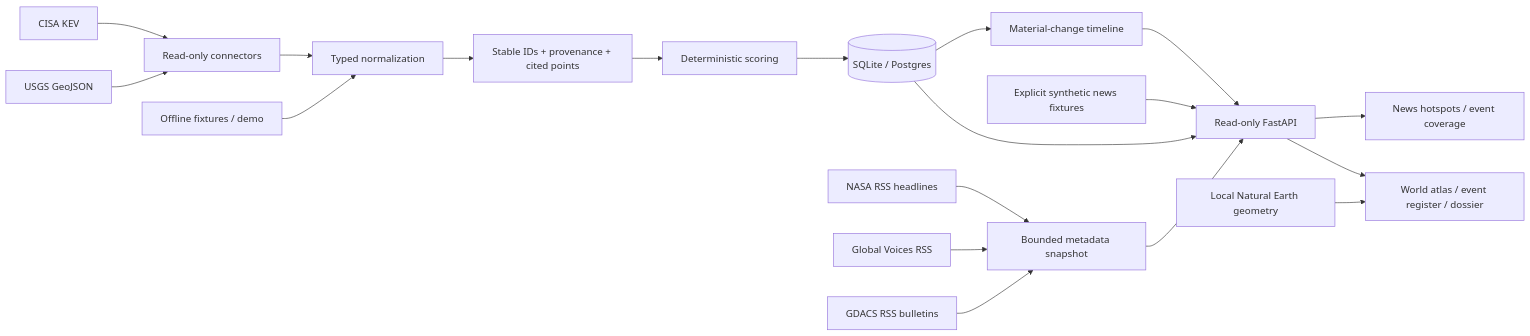
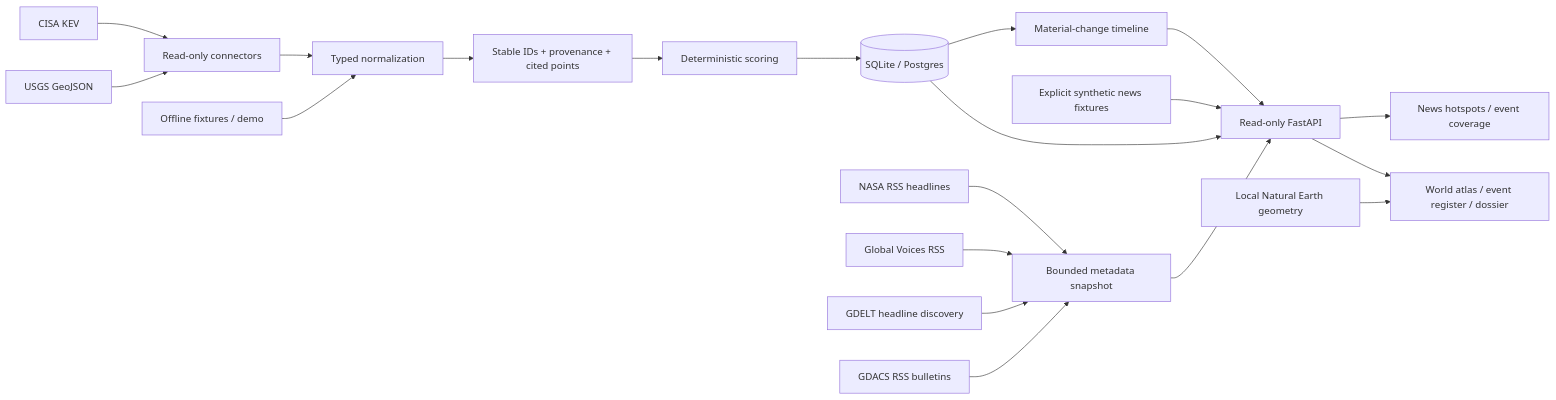
The diagram in README.md (ParsingMAINFRAME/ThreatMon), drawn with Mermaid before and after one commit. The commit also changed other lines of this file and 35 other files, not shown here.

````diff
--- a/README.md
+++ b/README.md
@@ -127,21 +130,22 @@
 ```mermaid
 flowchart LR
     U[USGS GeoJSON] --> C[Read-only connectors]
     K[CISA KEV] --> C
     F[Offline fixtures / demo] --> N[Typed normalization]
     C --> N
     N --> P[Stable IDs + provenance + cited points]
     P --> S[Deterministic scoring]
     S --> D[(SQLite / Postgres)]
     D --> A[Read-only FastAPI]
     A --> W[World atlas / event register / dossier]
     R[NASA RSS headlines] --> J[Bounded metadata snapshot]
     V[Global Voices RSS] --> J
+    Q[GDELT headline discovery] --> J
     B[GDACS RSS bulletins] --> J
     J --> A
     X[Explicit synthetic news fixtures] --> A
     A --> H[News hotspots / event coverage]
     G[Local Natural Earth geometry] --> W
     D --> T[Material-change timeline]
     T --> A
 ```
````
